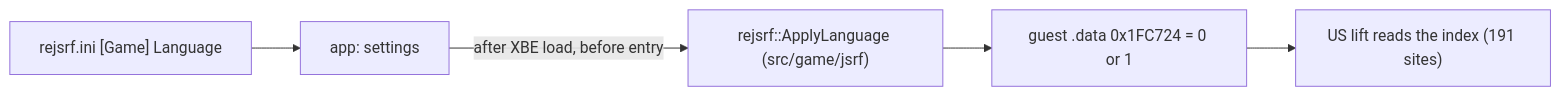
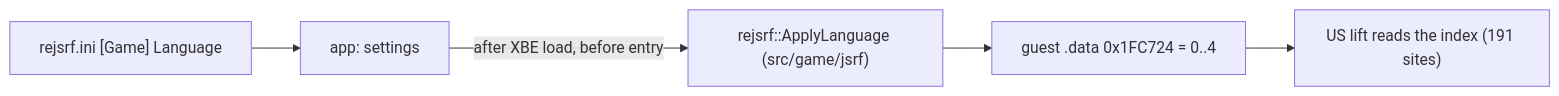
Before and after one commit to nworkers/reJSRF: the diagram in docs/design/20261020-i104-language-option.md, drawn with Mermaid. The commit also changed other lines of this file and 12 other files, not shown here.

````diff
--- a/docs/design/20261020-i104-language-option.md
+++ b/docs/design/20261020-i104-language-option.md
@@ -20,7 +21,7 @@
 ```mermaid
 flowchart LR
     INI["rejsrf.ini [Game] Language"] --> APP["app: settings"]
     APP -->|"after XBE load, before entry"| PROFILE["rejsrf::ApplyLanguage (src/game/jsrf)"]
-    PROFILE --> POKE["guest .data 0x1FC724 = 0 or 1"]
+    PROFILE --> POKE["guest .data 0x1FC724 = 0..4"]
     POKE --> GAME["US lift reads the index (191 sites)"]
 ```
````
